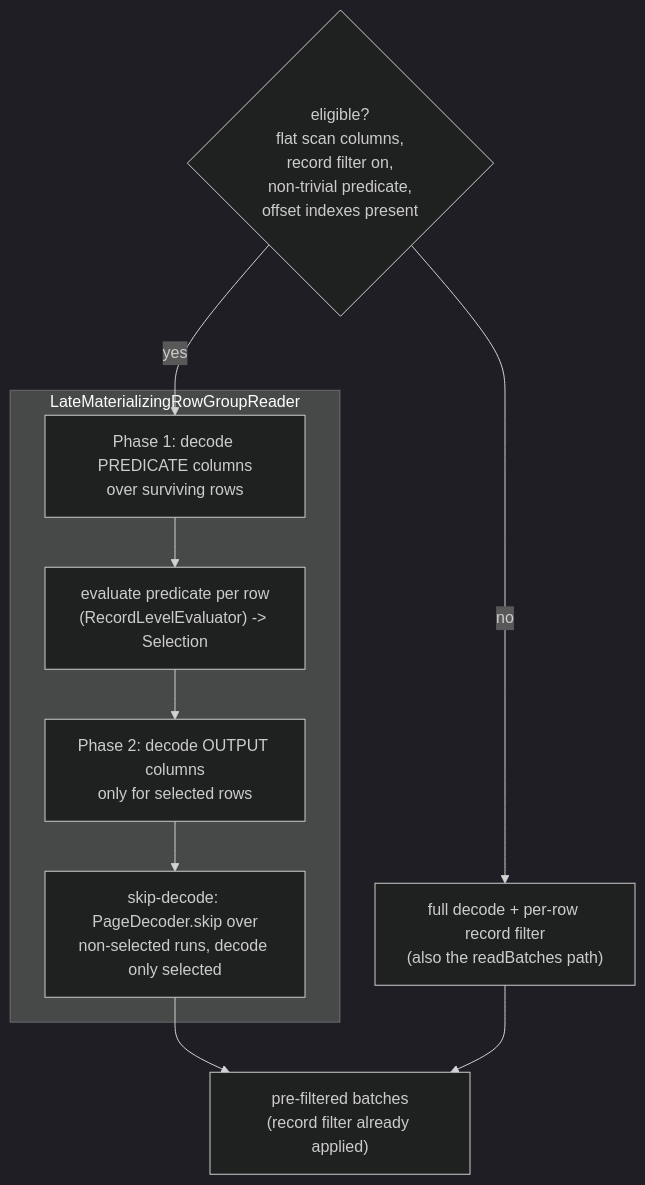
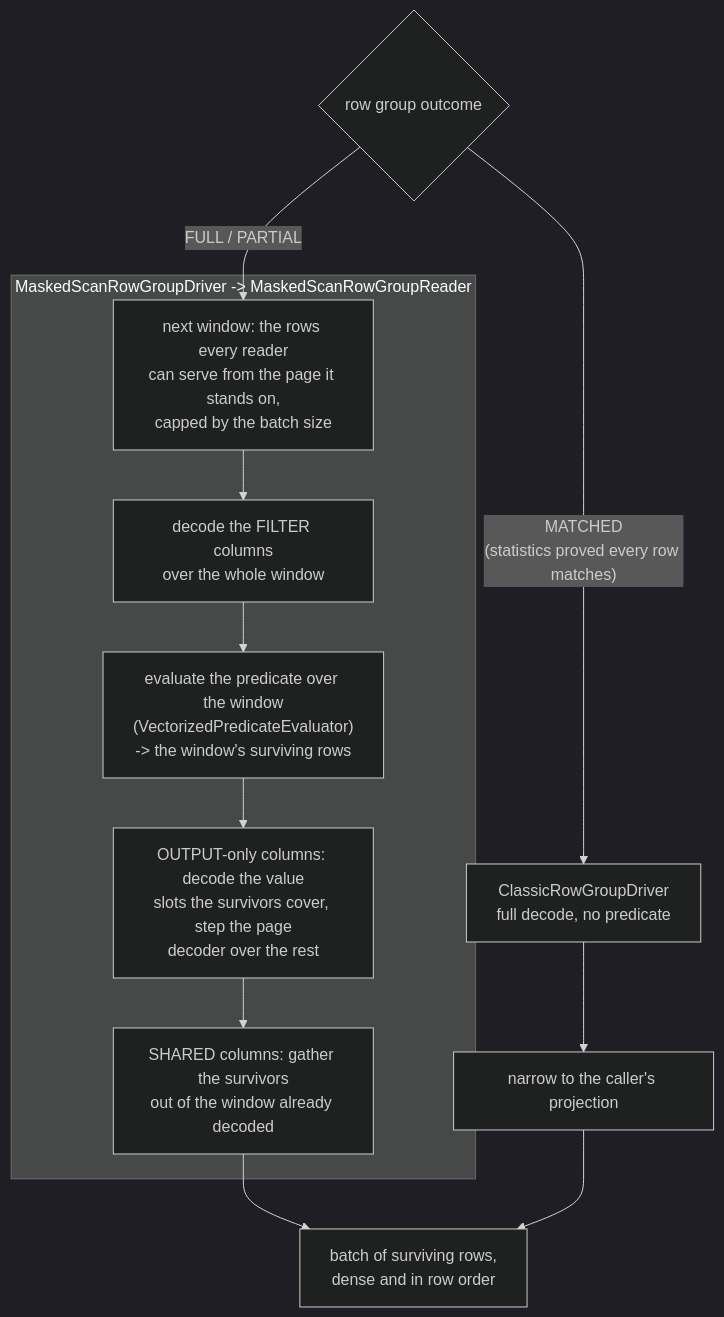
One commit to tileverse-io/parquetry changed the sixth of 7 diagrams in docs/read-path.md. Above: the diagram before and after it, drawn with Mermaid (dark theme). The commit also changed other lines of this file and 34 other files, not shown here.

First line of the commit message:
perf: evaluate filtered reads in-scan, decoding only surviving rows

````diff
--- a/docs/read-path.md
+++ b/docs/read-path.md
@@ -269,17 +271,19 @@
 ```mermaid
 flowchart TD
-    eligible{"eligible?<br/>flat scan columns,<br/>record filter on,<br/>non-trivial predicate,<br/>offset indexes present"}
-    eligible -->|no| full["full decode + per-row record filter<br/>(also the readBatches path)"]
-    eligible -->|yes| p1
+    outcome{"row group outcome"}
+    outcome -->|"MATCHED<br/>(statistics proved every row matches)"| classic["ClassicRowGroupDriver<br/>full decode, no predicate"]
+    outcome -->|"FULL / PARTIAL"| win
 
-    subgraph twophase["LateMaterializingRowGroupReader"]
-        p1["Phase 1: decode PREDICATE columns<br/>over surviving rows"]
-        eval["evaluate predicate per row<br/>(RecordLevelEvaluator) -> Selection"]
-        p2["Phase 2: decode OUTPUT columns<br/>only for selected rows"]
-        skip["skip-decode: PageDecoder.skip over<br/>non-selected runs, decode only selected"]
-        p1 --> eval --> p2 --> skip
+    subgraph scan["MaskedScanRowGroupDriver -> MaskedScanRowGroupReader"]
+        win["next window: the rows every reader<br/>can serve from the page it stands on,<br/>capped by the batch size"]
+        filt["decode the FILTER columns<br/>over the whole window"]
+        eval["evaluate the predicate over the window<br/>(VectorizedPredicateEvaluator)<br/>-> the window's surviving rows"]
+        out["OUTPUT-only columns: decode the value<br/>slots the survivors cover, step the page<br/>decoder over the rest"]
+        gather["SHARED columns: gather the survivors<br/>out of the window already decoded"]
+        win --> filt --> eval --> out --> gather
     end
 
-    skip --> batches["pre-filtered batches<br/>(record filter already applied)"]
-    full --> batches
+    gather --> batches["batch of surviving rows,<br/>dense and in row order"]
+    classic --> narrow["narrow to the caller's projection"]
+    narrow --> batches
 ```
````
